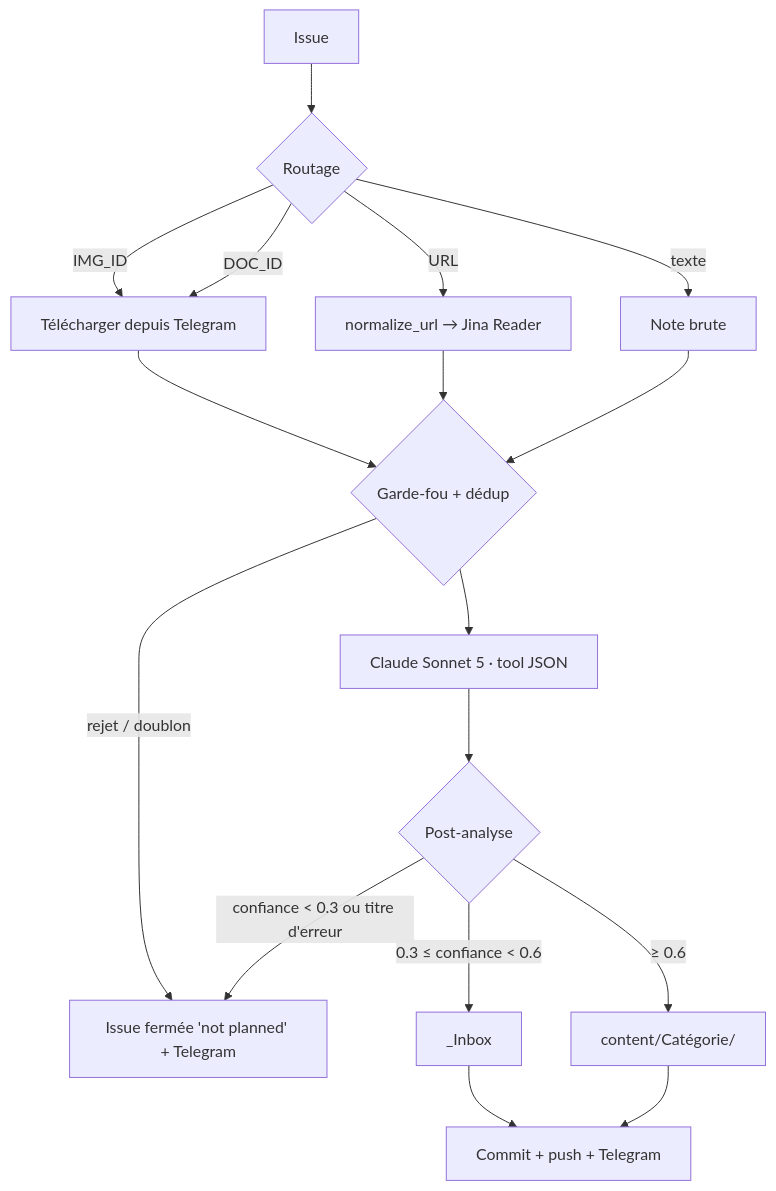
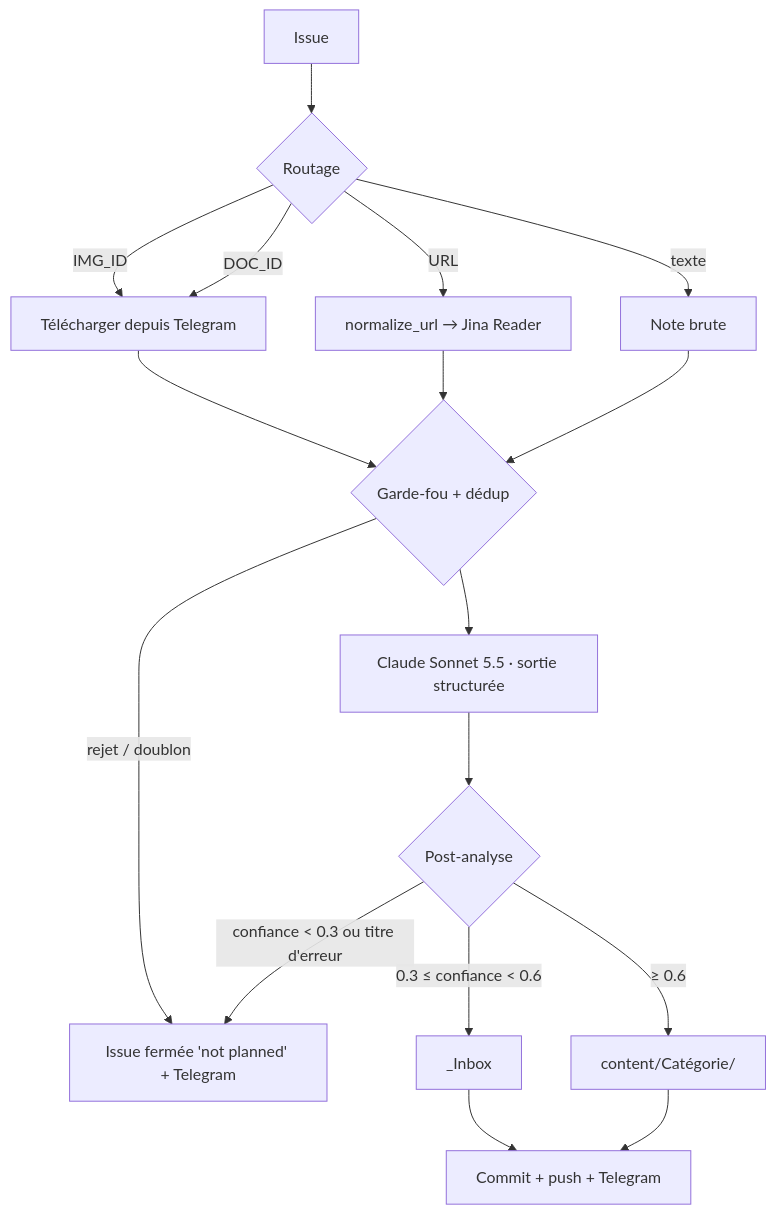
One commit to yajeddig/ResearchOps changed the diagram in docs/wf1_ingest.md. Above: the diagram before and after it, drawn with Mermaid. The commit also changed other lines of this file and 22 other files, not shown here.

````diff
--- a/docs/wf1_ingest.md
+++ b/docs/wf1_ingest.md
@@ -13,19 +13,19 @@
 ```mermaid
 graph TD
     A[Issue] --> B{Routage}
     B -->|IMG_ID| C[Télécharger depuis Telegram]
     B -->|DOC_ID| C
     B -->|URL| D[normalize_url → Jina Reader]
     B -->|texte| E[Note brute]
     C --> F{Garde-fou + dédup}
     D --> F
     E --> F
     F -->|rejet / doublon| X[Issue fermée 'not planned' + Telegram]
-    F --> G[Claude Sonnet 5 · tool JSON]
+    F --> G[Claude Sonnet 5.5 · sortie structurée]
     G --> H{Post-analyse}
     H -->|confiance < 0.3 ou titre d'erreur| X
     H -->|0.3 ≤ confiance < 0.6| I[_Inbox]
     H -->|≥ 0.6| J[content/Catégorie/]
     I --> K[Commit + push + Telegram]
     J --> K
 ```
````
